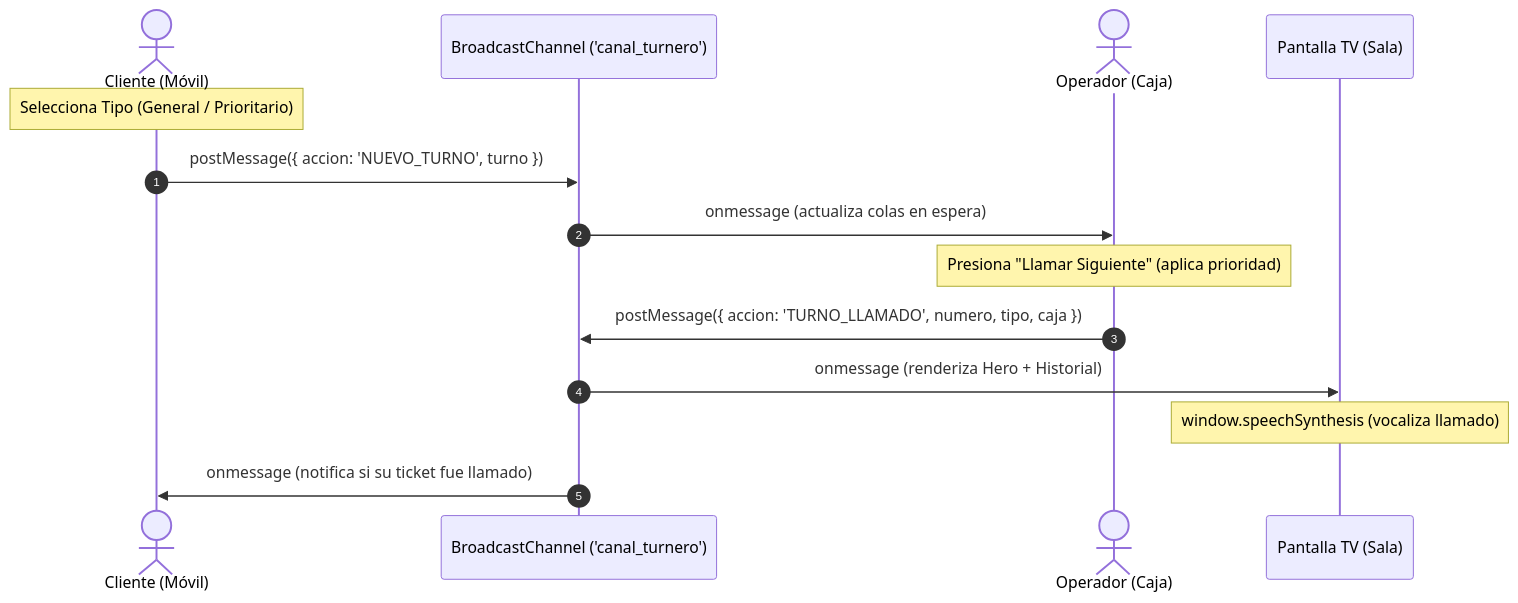
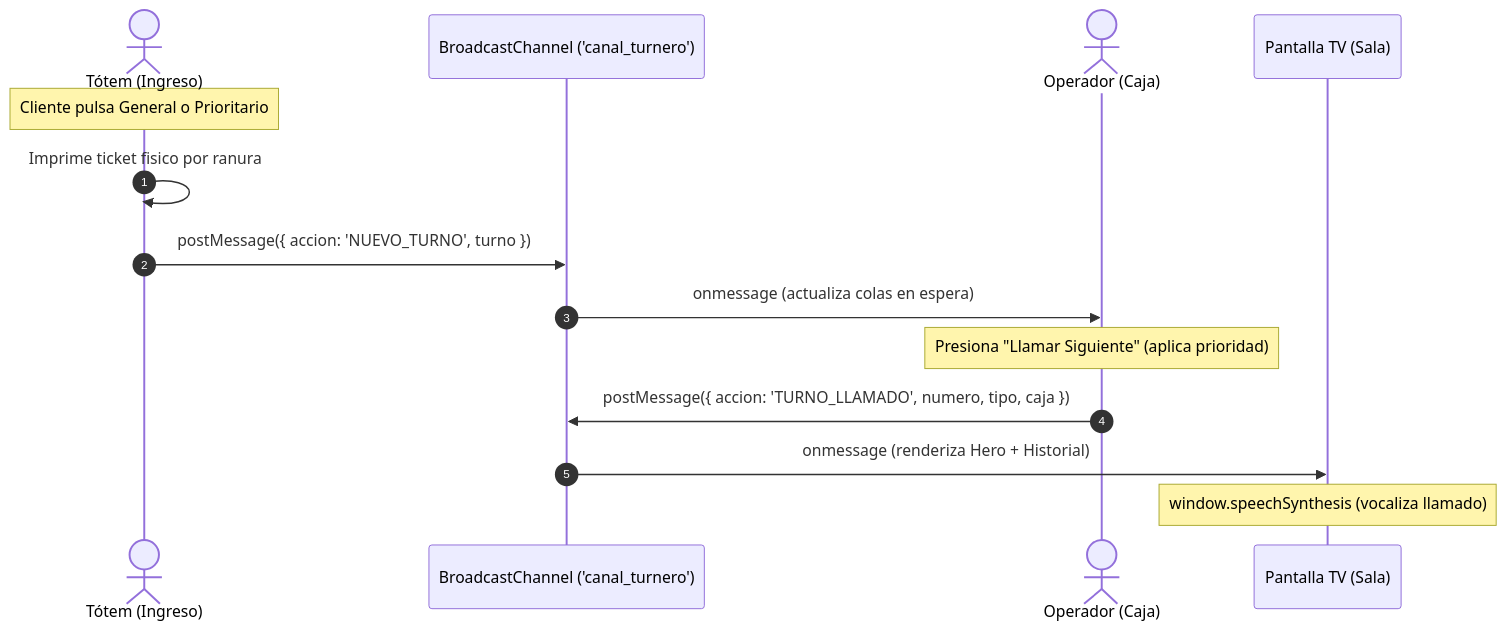
One commit to sergiogimenezclass/turnera-banco changed the second of 2 diagrams in README.md. Above: the diagram before and after it, drawn with Mermaid. The commit also changed other lines of this file and 7 other files, not shown here.

Commit message:
feat(totem): reemplazar vista movil por totem bancario con pantalla tactil y dispensador mecanico

````diff
--- a/README.md
+++ b/README.md
@@ -88,18 +88,18 @@
 ```mermaid
 sequenceDiagram
     autonumber
-    actor Cliente as Cliente (Móvil)
+    actor Totem as Tótem (Ingreso)
     participant Canal as BroadcastChannel ('canal_turnero')
     actor Operador as Operador (Caja)
     participant TV as Pantalla TV (Sala)
 
-    Note over Cliente: Selecciona Tipo (General / Prioritario)
-    Cliente->>Canal: postMessage({ accion: 'NUEVO_TURNO', turno })
+    Note over Totem: Cliente pulsa General o Prioritario
+    Totem->>Totem: Imprime ticket fisico por ranura
+    Totem->>Canal: postMessage({ accion: 'NUEVO_TURNO', turno })
     Canal->>Operador: onmessage (actualiza colas en espera)
 
     Note over Operador: Presiona "Llamar Siguiente" (aplica prioridad)
     Operador->>Canal: postMessage({ accion: 'TURNO_LLAMADO', numero, tipo, caja })
     Canal->>TV: onmessage (renderiza Hero + Historial)
     Note over TV: window.speechSynthesis (vocaliza llamado)
-    Canal->>Cliente: onmessage (notifica si su ticket fue llamado)
 ```
````
